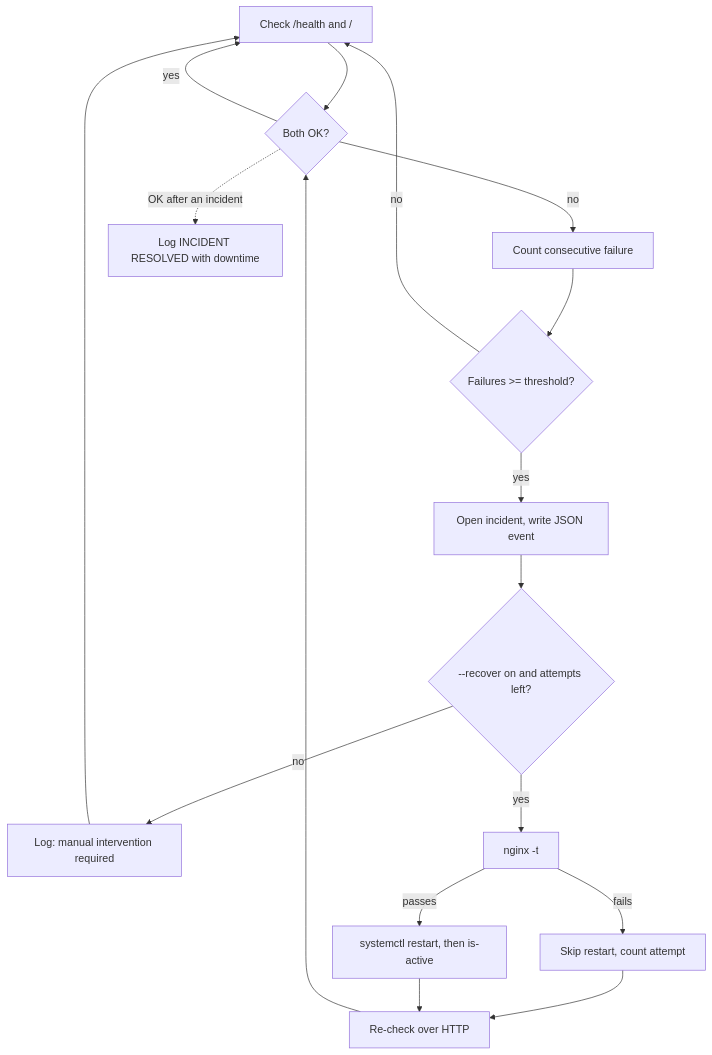
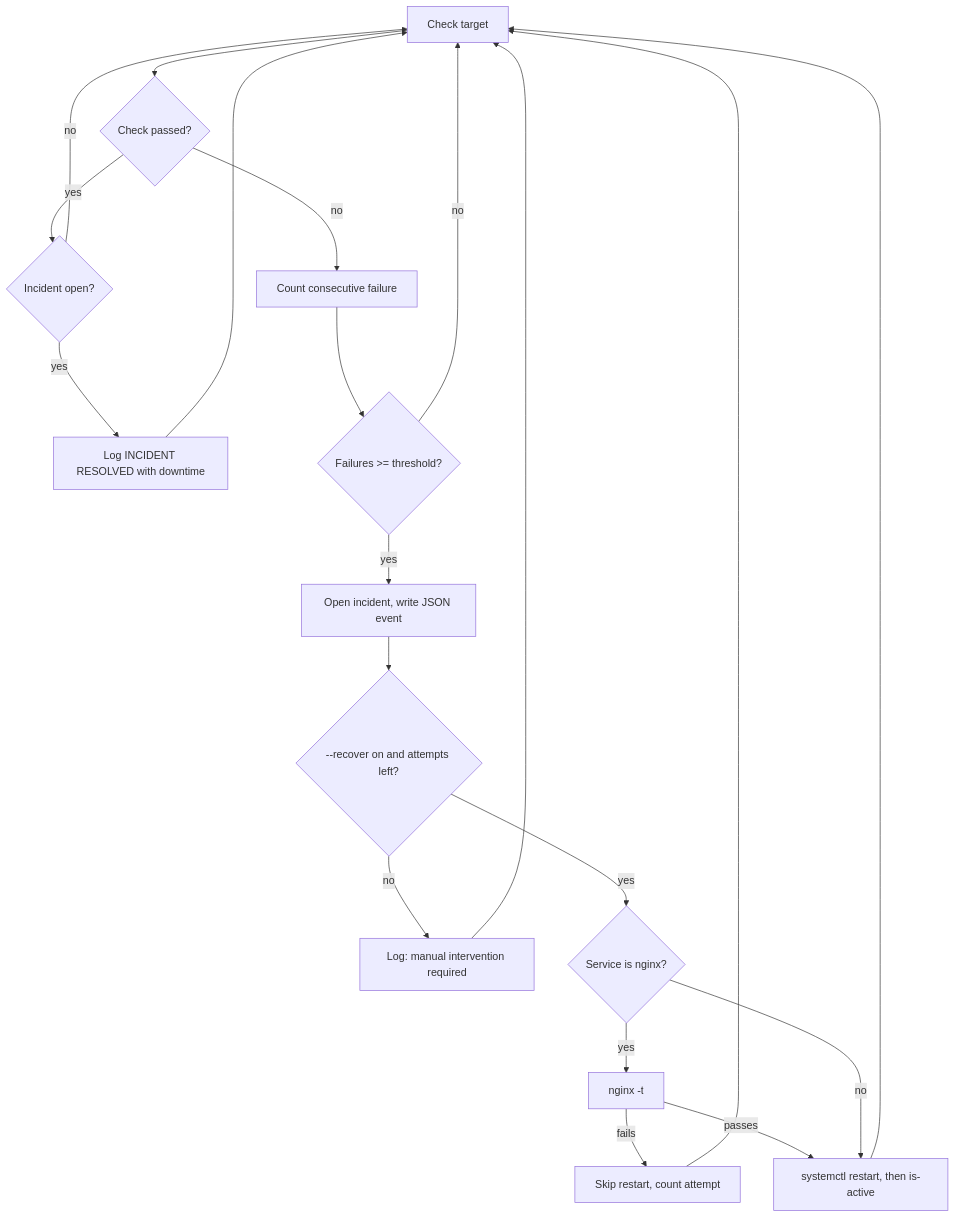
The second of 2 diagrams in docs/ARCHITECTURE.md (Sanjanatej/serviceguard), drawn with Mermaid before and after one commit. The commit also changed other lines of this file and 1 other file, not shown here.

Commit message:
Rewrite README and architecture for v2

````diff
--- a/docs/ARCHITECTURE.md
+++ b/docs/ARCHITECTURE.md
@@ -25,19 +36,22 @@
 ```mermaid
 flowchart TD
-  A["Check /health and /"] --> B{"Both OK?"}
-  B -- yes --> A
+  A["Check target"] --> B{"Check passed?"}
+  B -- yes --> R{"Incident open?"}
+  R -- yes --> S["Log INCIDENT RESOLVED with downtime"]
+  R -- no --> A
+  S --> A
   B -- no --> C["Count consecutive failure"]
   C --> D{"Failures >= threshold?"}
   D -- no --> A
   D -- yes --> E["Open incident, write JSON event"]
   E --> F{"--recover on and attempts left?"}
   F -- no --> J["Log: manual intervention required"]
-  F -- yes --> G["nginx -t"]
-  G -- fails --> H["Skip restart, count attempt"]
-  G -- passes --> I["systemctl restart, then is-active"]
-  H --> K["Re-check over HTTP"]
-  I --> K
-  K --> B
+  F -- yes --> G{"Service is nginx?"}
+  G -- yes --> H["nginx -t"]
+  H -- fails --> K["Skip restart, count attempt"]
+  H -- passes --> I["systemctl restart, then is-active"]
+  G -- no --> I
+  I --> A
+  K --> A
   J --> A
-  B -. "OK after an incident" .-> L["Log INCIDENT RESOLVED with downtime"]
 ```
````
